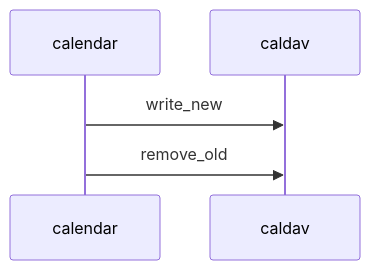
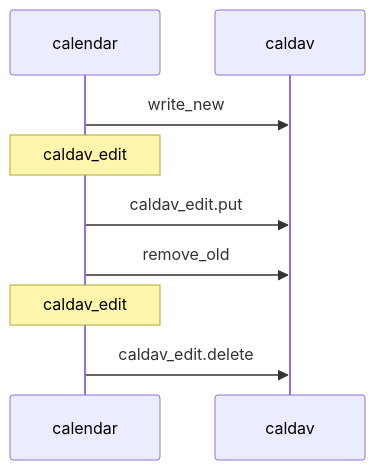
Before and after one commit to rabalyn/shale: the second of 3 diagrams in docs/dataflow/caldav-edit.md, drawn with Mermaid. The commit also changed other lines of this file and 16 other files, not shown here.

First line of the commit message:
Dataflow: a flow shows the shared steps its code calls, caldav_conflict recorded (DEV-026, DEV-027, DEV-028)

````diff
--- a/docs/dataflow/caldav-edit.md
+++ b/docs/dataflow/caldav-edit.md
@@ -25,7 +25,11 @@
 ```mermaid
 sequenceDiagram
     participant calendar
     participant caldav
     calendar->>caldav: write_new
+    Note over calendar: caldav_edit
+    calendar->>caldav: caldav_edit.put
     calendar->>caldav: remove_old
+    Note over calendar: caldav_edit
+    calendar->>caldav: caldav_edit.delete
 ```
````
